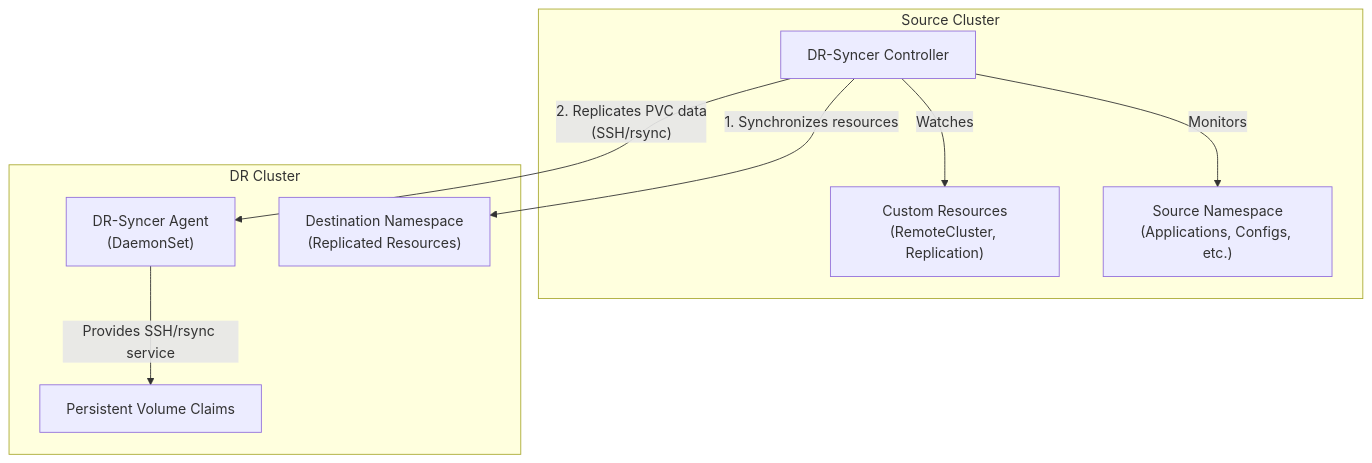
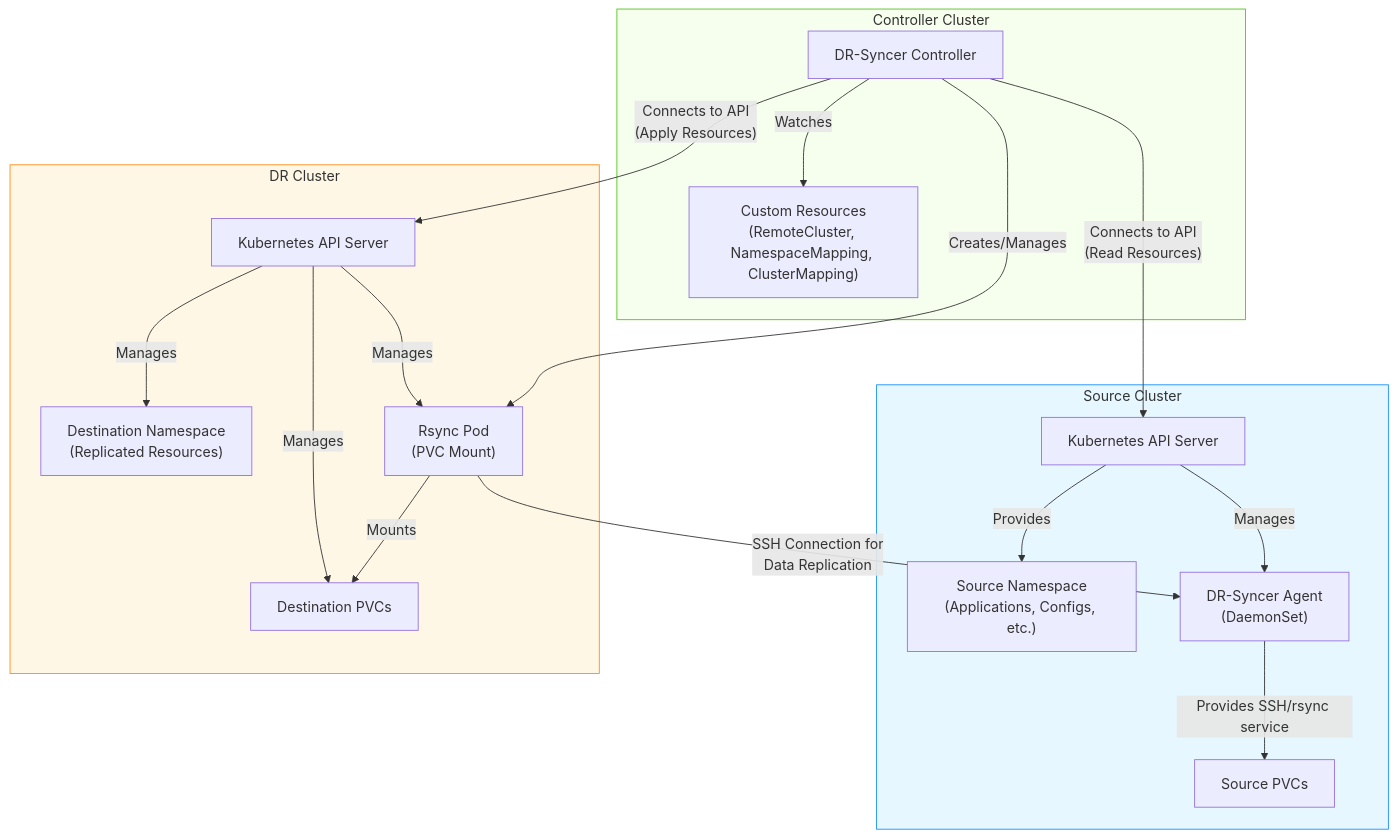
Before and after one commit to SupportTools/dr-syncer: the first of 7 diagrams in docs/docs/overview.md, drawn with Mermaid. The commit also changed other lines of this file and 2 other files, not shown here.

First line of the commit message:
Fix architecture diagrams in documentation

````diff
--- a/docs/docs/overview.md
+++ b/docs/docs/overview.md
@@ -18,22 +18,45 @@
 ```mermaid
 flowchart TD
-    subgraph "Source Cluster"
-        Controller["DR-Syncer Controller"]
-        CustomResources["Custom Resources<br/>(RemoteCluster, Replication)"]
-        SourceNS["Source Namespace<br/>(Applications, Configs, etc.)"]
+    subgraph Controller["Controller Cluster"]
+        C["DR-Syncer Controller"]
+        CR["Custom Resources<br/>(RemoteCluster, NamespaceMapping, ClusterMapping)"]
         
-        Controller -- "Watches" --> CustomResources
-        Controller -- "Monitors" --> SourceNS
+        C -- "Watches" --> CR
     end
     
-    subgraph "DR Cluster"
-        Agent["DR-Syncer Agent<br/>(DaemonSet)"]
-        DestNS["Destination Namespace<br/>(Replicated Resources)"]
-        PVCs["Persistent Volume Claims"]
+    subgraph Source["Source Cluster"]
+        SApi["Kubernetes API Server"]
+        SNS["Source Namespace<br/>(Applications, Configs, etc.)"]
+        SAgent["DR-Syncer Agent<br/>(DaemonSet)"]
+        SPVCs["Source PVCs"]
         
-        Agent -- "Provides SSH/rsync service" --> PVCs
+        SApi -- "Provides" --> SNS
+        SApi -- "Manages" --> SAgent
+        SAgent -- "Provides SSH/rsync service" --> SPVCs
     end
     
-    Controller -- "1. Synchronizes resources" --> DestNS
-    Controller -- "2. Replicates PVC data<br/>(SSH/rsync)" --> Agent
+    subgraph DR["DR Cluster"]
+        DRApi["Kubernetes API Server"]
+        DRNS["Destination Namespace<br/>(Replicated Resources)"]
+        RPod["Rsync Pod<br/>(PVC Mount)"]
+        DRPVCs["Destination PVCs"]
+        
+        DRApi -- "Manages" --> DRNS
+        DRApi -- "Manages" --> RPod
+        DRApi -- "Manages" --> DRPVCs
+        RPod -- "Mounts" --> DRPVCs
+    end
+    
+    C -- "Connects to API<br/>(Read Resources)" --> SApi
+    C -- "Connects to API<br/>(Apply Resources)" --> DRApi
+    C -- "Creates/Manages" --> RPod
+    RPod -- "SSH Connection for<br/>Data Replication" --> SAgent
+    
+    classDef sourceCluster fill:#e6f7ff,stroke:#1890ff;
+    classDef controllerCluster fill:#f6ffed,stroke:#52c41a;
+    classDef drCluster fill:#fff7e6,stroke:#fa8c16;
+    
+    class Source sourceCluster;
+    class Controller controllerCluster;
+    class DR drCluster;
 ```
````
